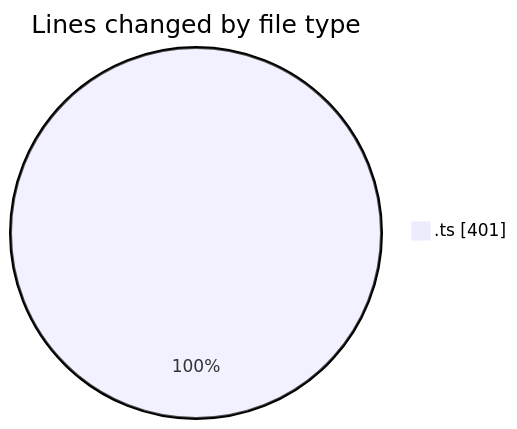
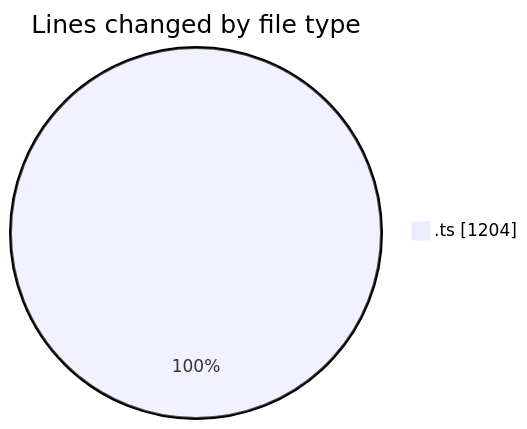
One commit to momahboobian/code-tracking changed the first of 2 diagrams in 2025-06-27/cda/README.md. Above: the diagram before and after it, drawn with Mermaid. The commit also changed other lines of this file and 1 other file, not shown here.

````diff
--- a/2025-06-27/cda/README.md
+++ b/2025-06-27/cda/README.md
@@ -20,5 +21,5 @@
 ```mermaid
 pie showData
 title Lines changed by file type
-".ts" : 401
+".ts" : 1204
 ```
````
